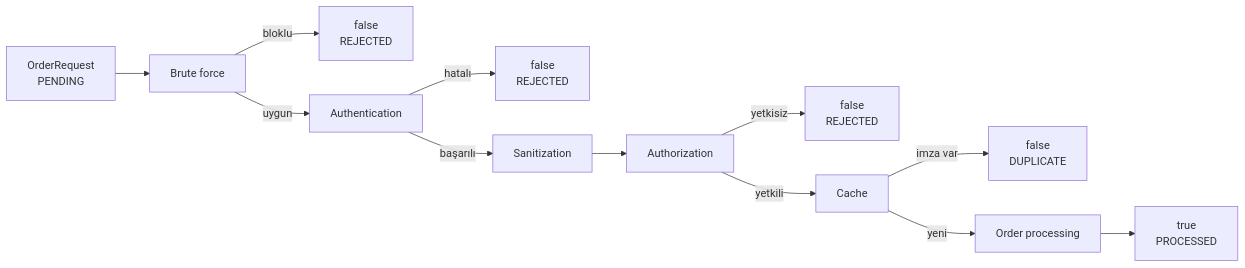
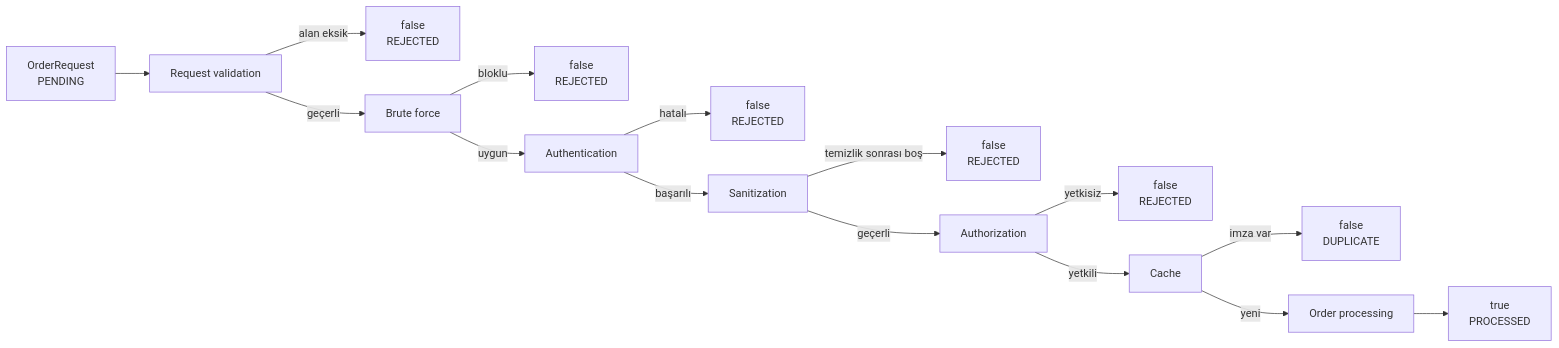
One commit to TunahanCan/design_pattern changed the second of 2 diagrams in src/main/java/com/can/behavirol/chainofresponsibility/explain/chainofresponsibility.md. Above: the diagram before and after it, drawn with Mermaid. The commit also changed other lines of this file and 34 other files, not shown here.

````diff
--- a/src/main/java/com/can/behavirol/chainofresponsibility/explain/chainofresponsibility.md
+++ b/src/main/java/com/can/behavirol/chainofresponsibility/explain/chainofresponsibility.md
@@ -130,14 +133,17 @@
 ```mermaid
 flowchart LR
-    R["OrderRequest<br/>PENDING"] --> B[Brute force]
+    R["OrderRequest<br/>PENDING"] --> V[Request validation]
+    V -->|alan eksik| X0["false<br/>REJECTED"]
+    V -->|geçerli| B[Brute force]
     B -->|bloklu| X1["false<br/>REJECTED"]
     B -->|uygun| A[Authentication]
     A -->|hatalı| X2["false<br/>REJECTED"]
     A -->|başarılı| S[Sanitization]
-    S --> Z[Authorization]
+    S -->|temizlik sonrası boş| X5["false<br/>REJECTED"]
+    S -->|geçerli| Z[Authorization]
     Z -->|yetkisiz| X3["false<br/>REJECTED"]
     Z -->|yetkili| C[Cache]
     C -->|imza var| X4["false<br/>DUPLICATE"]
     C -->|yeni| P[Order processing]
     P --> OK["true<br/>PROCESSED"]
 ```
````
